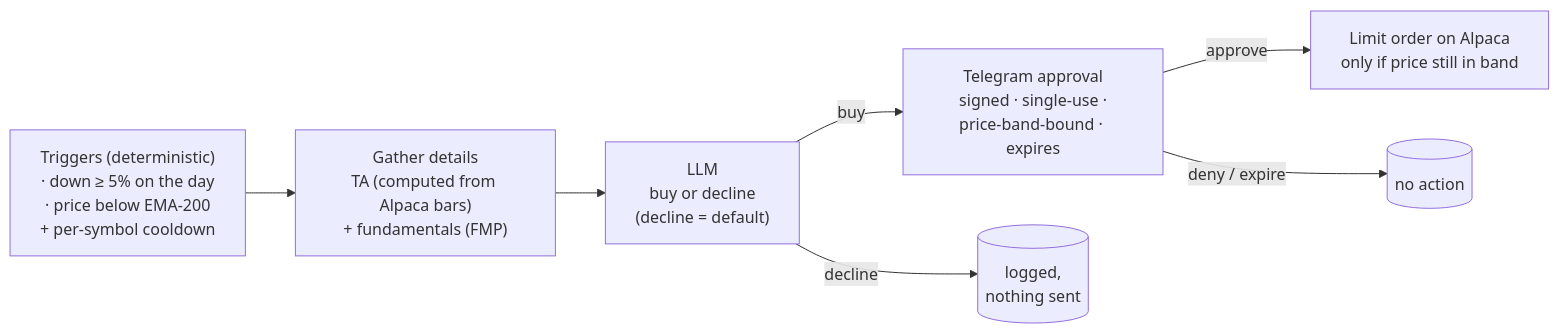
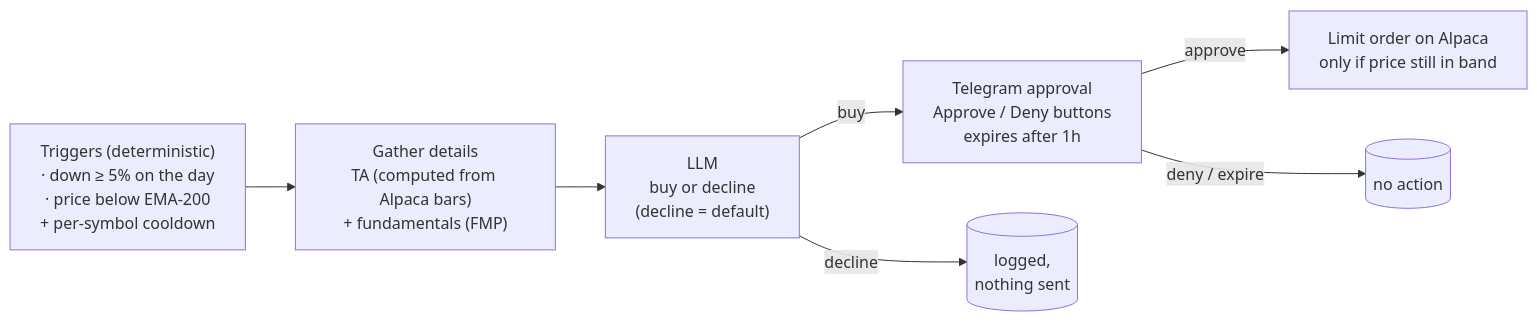
The diagram in README.md (krishna-sunkavalli/smartcapital), drawn with Mermaid before and after one commit. The commit also changed other lines of this file and 12 other files, not shown here.

````diff
--- a/README.md
+++ b/README.md
@@ -10,16 +10,16 @@
 ```mermaid
 flowchart LR
     T["Triggers (deterministic)<br/>· down ≥ 5% on the day<br/>· price below EMA-200<br/>+ per-symbol cooldown"]
     D["Gather details<br/>TA (computed from Alpaca bars)<br/>+ fundamentals (FMP)"]
     L["LLM<br/>buy or decline<br/>(decline = default)"]
-    A["Telegram approval<br/>signed · single-use ·<br/>price-band-bound · expires"]
+    A["Telegram approval<br/>Approve / Deny buttons<br/>expires after 1h"]
     O["Limit order on Alpaca<br/>only if price still in band"]
     LOGD[("logged,<br/>nothing sent")]
     LOGN[("no action")]
 
     T --> D --> L
     L -->|buy| A
     L -->|decline| LOGD
     A -->|approve| O
     A -->|deny / expire| LOGN
 ```
````
